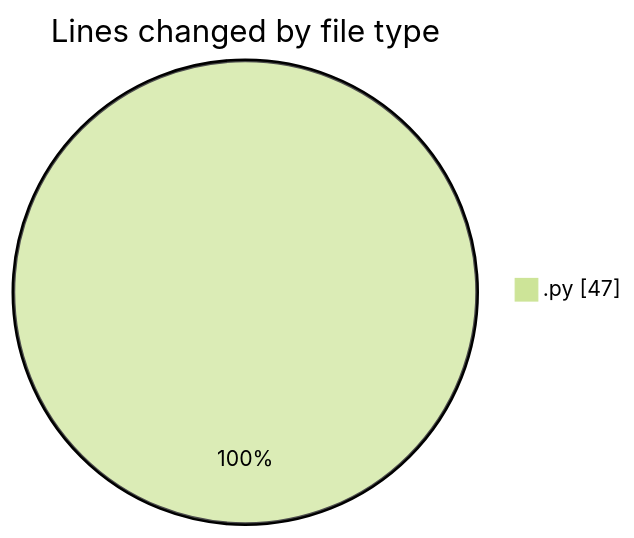
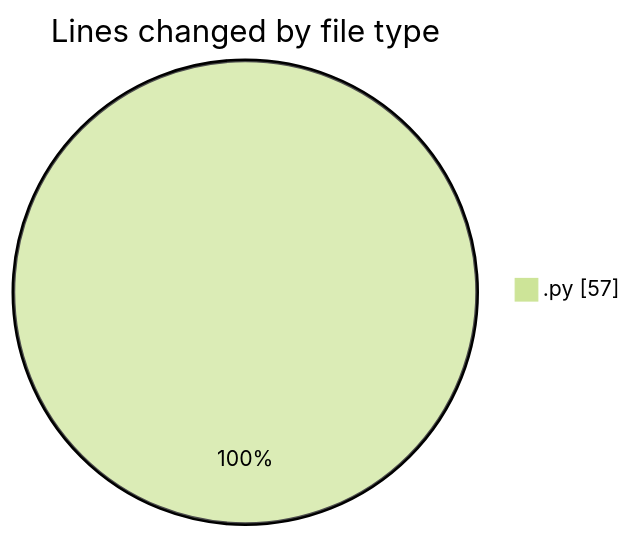
Before and after one commit to hasnaa123/code-tracking: the first of 2 diagrams in 2026-02-21/student_performance_system/README.md, drawn with Mermaid (forest theme). The commit also changed other lines of this file and 1 other file, not shown here.

````diff
--- a/2026-02-21/student_performance_system/README.md
+++ b/2026-02-21/student_performance_system/README.md
@@ -20,5 +20,5 @@
 ```mermaid
 pie showData
 title Lines changed by file type
-".py" : 47
+".py" : 57
 ```
````
